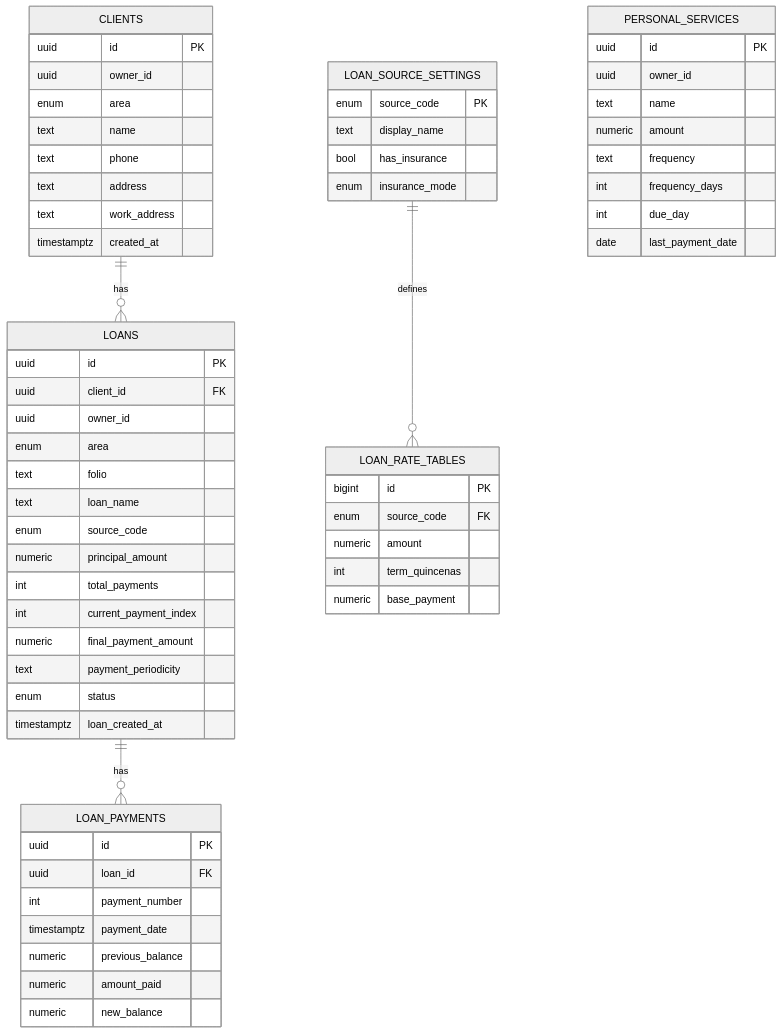
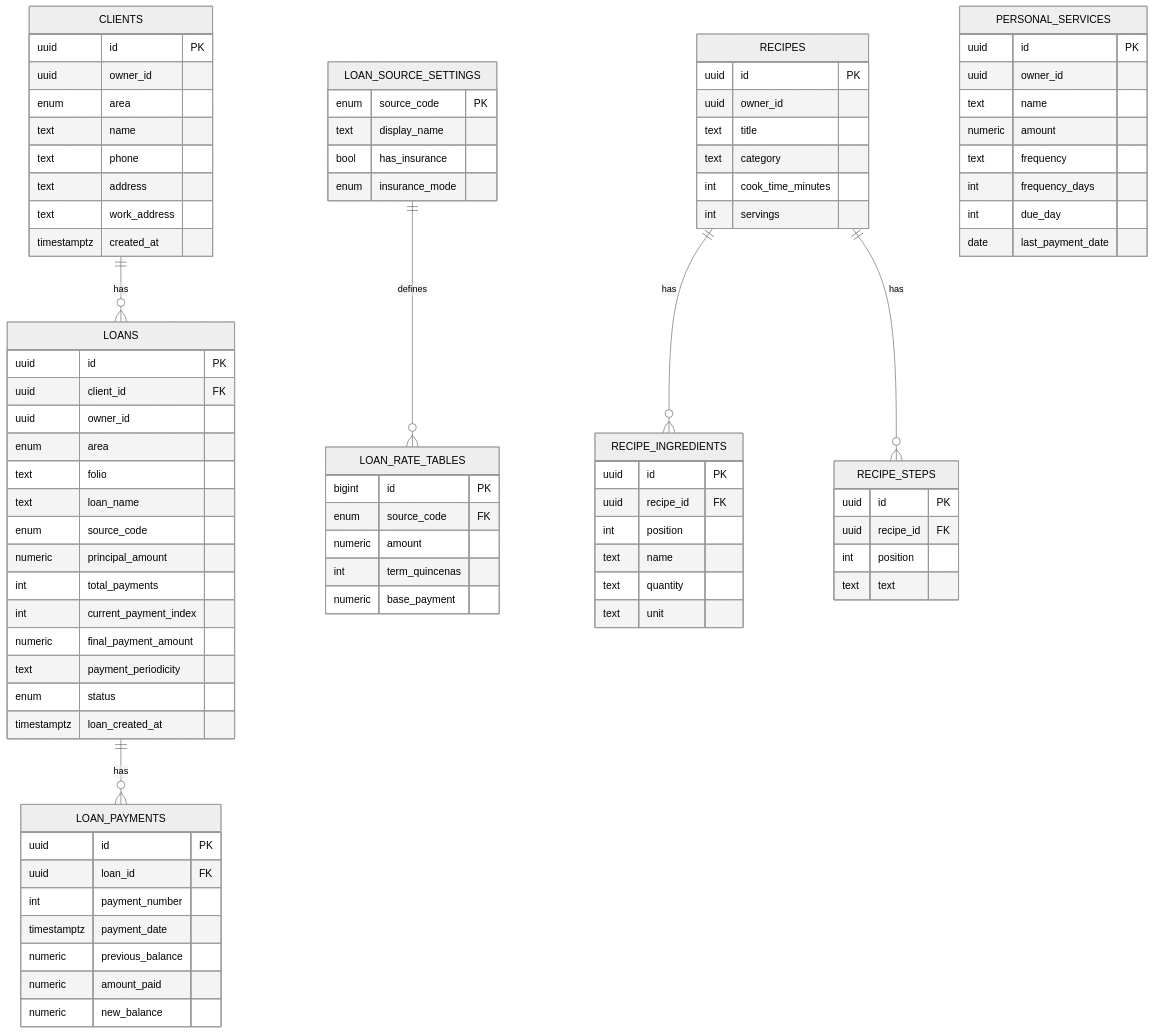
Before and after one commit to ChristianYaelC/AdminVales: the diagram in docs/especificacion-proyecto.md, drawn with Mermaid (neutral theme). The commit also changed other lines of this file and 16 other files, not shown here.

````diff
--- a/docs/especificacion-proyecto.md
+++ b/docs/especificacion-proyecto.md
@@ -111,6 +121,8 @@
   CLIENTS ||--o{ LOANS : has
   LOANS ||--o{ LOAN_PAYMENTS : has
   LOAN_SOURCE_SETTINGS ||--o{ LOAN_RATE_TABLES : defines
+  RECIPES ||--o{ RECIPE_INGREDIENTS : has
+  RECIPES ||--o{ RECIPE_STEPS : has
 
   CLIENTS {
     uuid id PK
@@ -175,4 +187,29 @@
     int term_quincenas
     numeric base_payment
   }
+
+  RECIPES {
+    uuid id PK
+    uuid owner_id
+    text title
+    text category
+    int cook_time_minutes
+    int servings
+  }
+
+  RECIPE_INGREDIENTS {
+    uuid id PK
+    uuid recipe_id FK
+    int position
+    text name
+    text quantity
+    text unit
+  }
+
+  RECIPE_STEPS {
+    uuid id PK
+    uuid recipe_id FK
+    int position
+    text text
+  }
 ```
````
